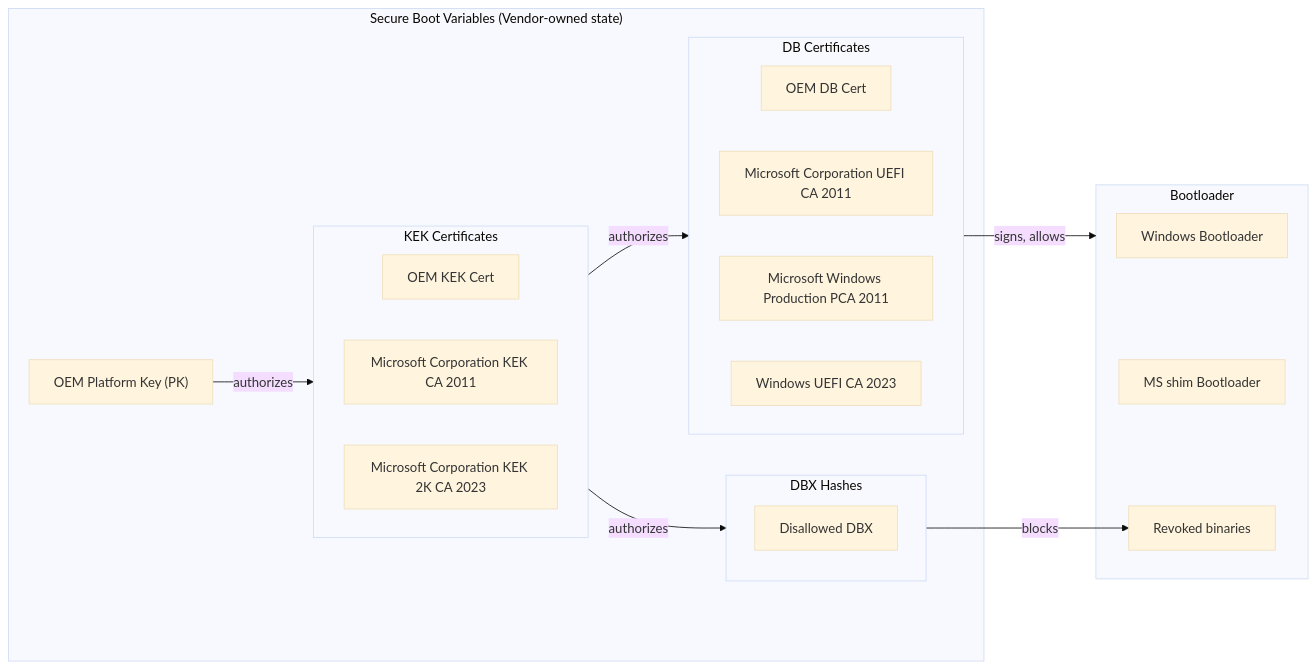
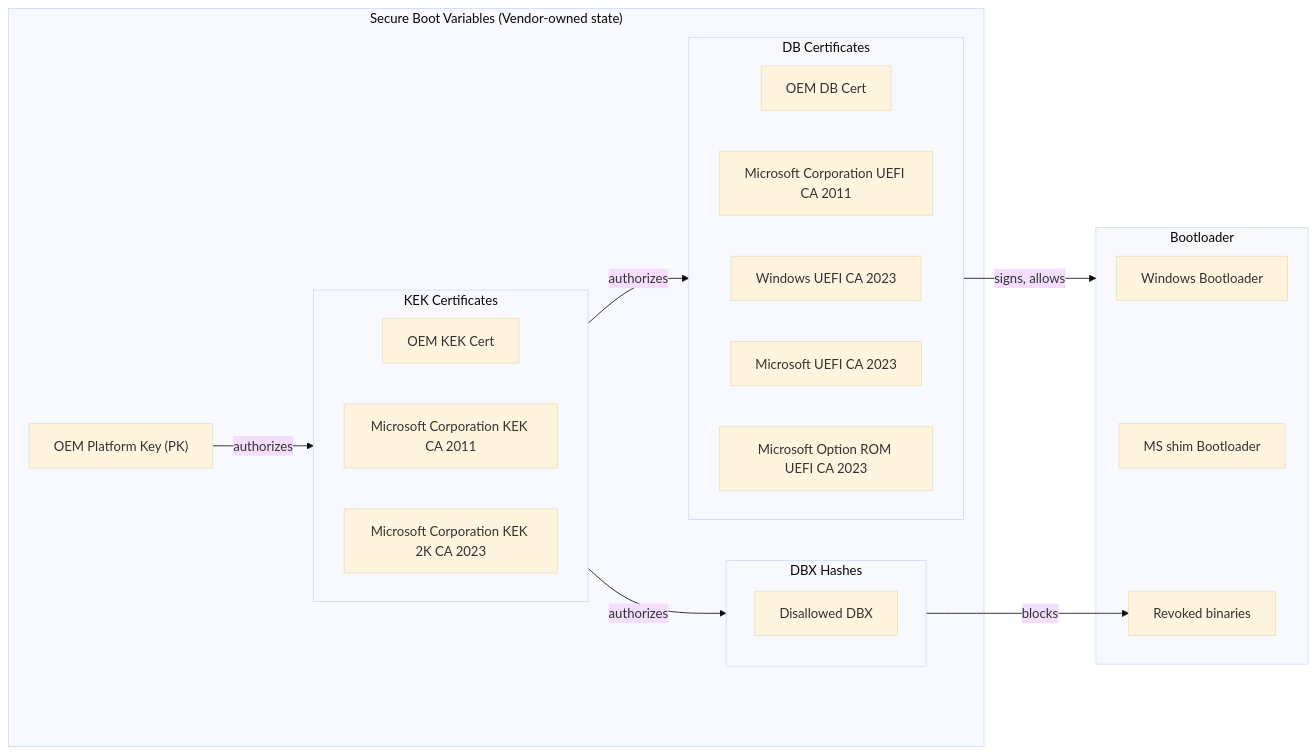
The first of 3 diagrams in README.md (mcfbytes/sb-enema), drawn with Mermaid (base theme) before and after one commit.

Commit message:
Update UEFI CA entries in README.md

````diff
--- a/README.md
+++ b/README.md
@@ -41,40 +41,41 @@
 ```mermaid
 flowchart LR
    subgraph SB["Secure Boot Variables (Vendor-owned state)"]
       PK["OEM Platform Key (PK)"]
 
       subgraph KEK["KEK Certificates"]
          direction RL
 
          KEK1[OEM KEK Cert]
          KEK2[Microsoft Corporation KEK CA 2011]
          KEK3[Microsoft Corporation KEK 2K CA 2023]
       end
 
       subgraph DB["DB Certificates"]
          direction RL
 
          DB1[OEM DB Cert]
          DB2[Microsoft Corporation UEFI CA 2011]
-         DB3[Microsoft Windows Production PCA 2011]
          DB4[Windows UEFI CA 2023]
+         DB5[Microsoft UEFI CA 2023]
+         DB6[Microsoft Option ROM UEFI CA 2023]
       end
 
       subgraph DBX["DBX Hashes"]
          DBX1[Disallowed DBX]
       end
    end
 
    PK -->|authorizes| KEK
    KEK -->|authorizes| DB
    KEK -->|authorizes| DBX
 
    subgraph BL[Bootloader]
       OS[Windows Bootloader]
       SHIM[MS shim Bootloader]
       BAD[Revoked binaries]
    end
 
    DB -->|signs, allows| BL
    DBX -->|blocks| BAD
 ```
````
